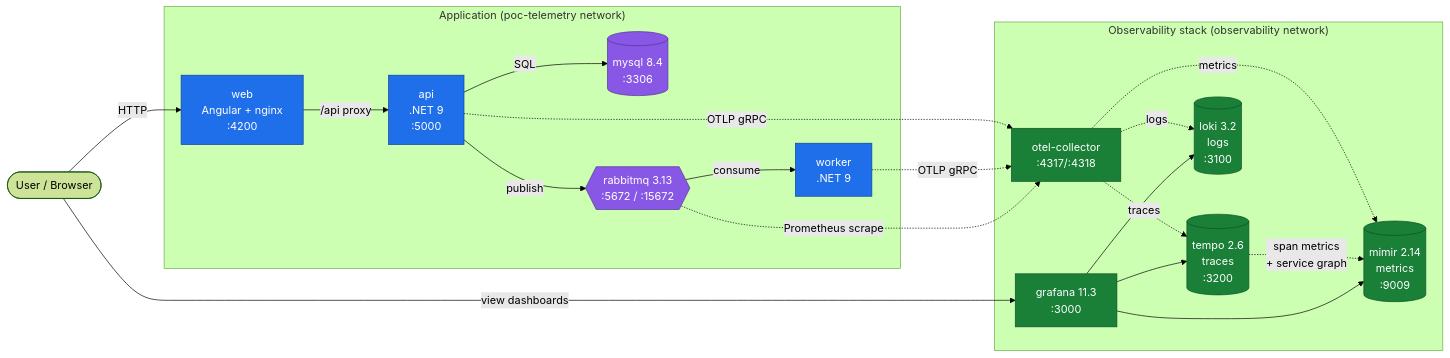
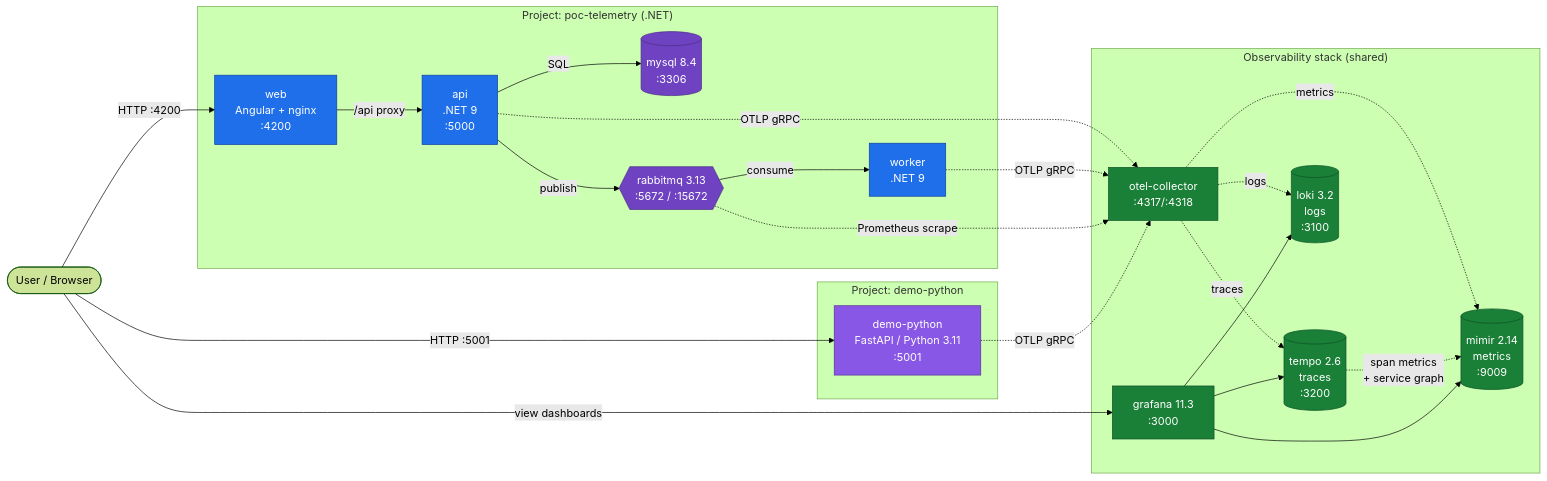
The diagram in docs/architecture.md (pilotemaryse/poc-telemetry), drawn with Mermaid (forest theme) before and after one commit. The commit also changed other lines of this file, not shown here.

Commit message:
Sync architecture diagram with demo-python project

````diff
--- a/docs/architecture.md
+++ b/docs/architecture.md
@@ -3,45 +3,56 @@
 ```mermaid
 flowchart LR
-    subgraph App["Application (poc-telemetry network)"]
+    USER([User / Browser])
+
+    subgraph P1["Project: poc-telemetry (.NET)"]
         WEB[web<br/>Angular + nginx<br/>:4200]
         API[api<br/>.NET 9<br/>:5000]
         WORKER[worker<br/>.NET 9]
         MYSQL[(mysql 8.4<br/>:3306)]
         RMQ{{rabbitmq 3.13<br/>:5672 / :15672}}
     end
 
-    subgraph Obs["Observability stack (observability network)"]
+    subgraph P2["Project: demo-python"]
+        PYAPI[demo-python<br/>FastAPI / Python 3.11<br/>:5001]
+    end
+
+    subgraph Obs["Observability stack (shared)"]
         OTEL[otel-collector<br/>:4317/:4318]
         TEMPO[(tempo 2.6<br/>traces<br/>:3200)]
         LOKI[(loki 3.2<br/>logs<br/>:3100)]
         MIMIR[(mimir 2.14<br/>metrics<br/>:9009)]
         GRAF[grafana 11.3<br/>:3000]
     end
 
-    USER([User / Browser]) -->|HTTP| WEB
+    USER -->|HTTP :4200| WEB
     WEB -->|/api proxy| API
     API -->|SQL| MYSQL
     API -->|publish| RMQ
     RMQ -->|consume| WORKER
 
+    USER -->|HTTP :5001| PYAPI
+
     API -.OTLP gRPC.-> OTEL
     WORKER -.OTLP gRPC.-> OTEL
     RMQ -.Prometheus scrape.-> OTEL
+    PYAPI -.OTLP gRPC.-> OTEL
 
     OTEL -.traces.-> TEMPO
     OTEL -.logs.-> LOKI
     OTEL -.metrics.-> MIMIR
     TEMPO -.span metrics<br/>+ service graph.-> MIMIR
 
     GRAF --> TEMPO
     GRAF --> LOKI
     GRAF --> MIMIR
     USER -->|view dashboards| GRAF
 
     classDef app fill:#1f6feb,stroke:#0d419d,color:#fff
-    classDef data fill:#8957e5,stroke:#553098,color:#fff
+    classDef pyapp fill:#8957e5,stroke:#553098,color:#fff
+    classDef data fill:#6f42c1,stroke:#4a2d85,color:#fff
     classDef obs fill:#1a7f37,stroke:#0d5226,color:#fff
     class WEB,API,WORKER app
+    class PYAPI pyapp
     class MYSQL,RMQ data
     class OTEL,TEMPO,LOKI,MIMIR,GRAF obs
 ```
````
